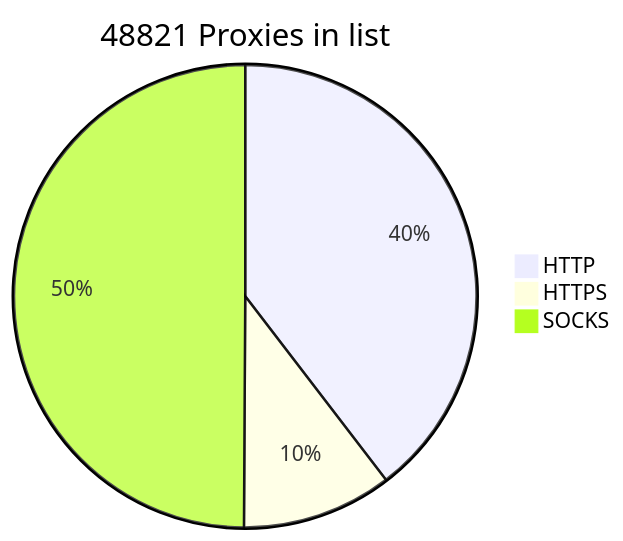
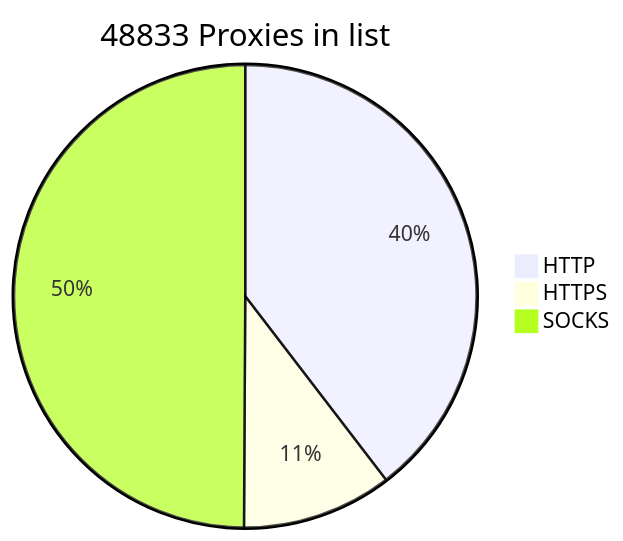
The diagram in README.md (BlackSnowDot/proxylist-update-every-minute), drawn with Mermaid before and after one commit.

````diff
--- a/README.md
+++ b/README.md
@@ -2,6 +2,6 @@
 ```mermaid
-pie title 48821 Proxies in list
-    "HTTP" : 21304
-    "HTTPS": 5649
-    "SOCKS" : 26858
+pie title 48833 Proxies in list
+    "HTTP" : 21306
+    "HTTPS": 5652
+    "SOCKS" : 26866
 ```
````
